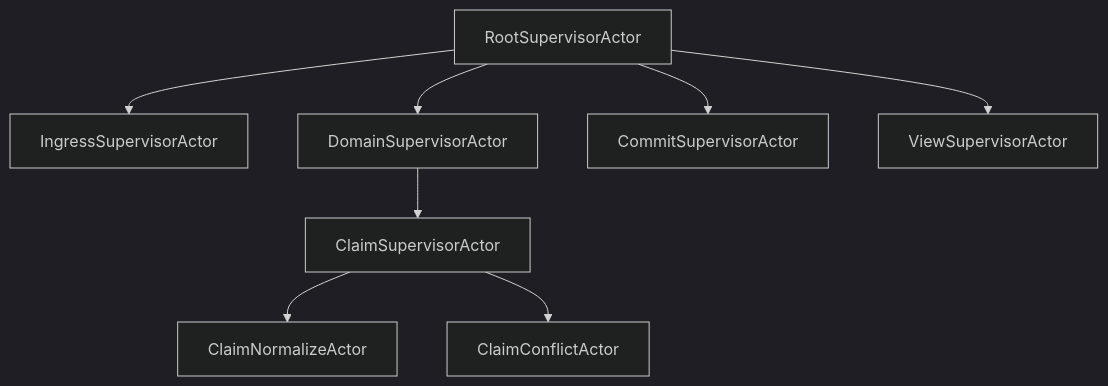
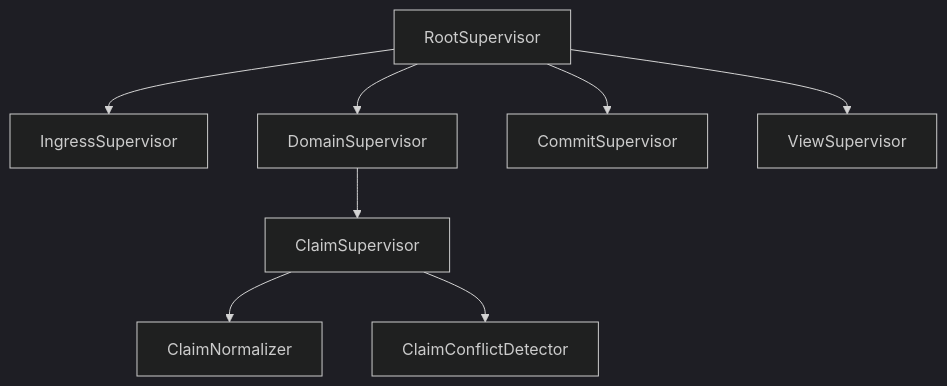
Before and after one commit to LiGoldragon/primary: the third of 4 diagrams in skills/actor-systems.md, drawn with Mermaid (dark theme). The commit also changed other lines of this file and 6 other files, not shown here.

````diff
--- a/skills/actor-systems.md
+++ b/skills/actor-systems.md
@@ -171,12 +174,12 @@
 ```mermaid
 flowchart TB
-    root["RootSupervisorActor"]
-    root --> ingress["IngressSupervisorActor"]
-    root --> domain["DomainSupervisorActor"]
-    root --> commit["CommitSupervisorActor"]
-    root --> view["ViewSupervisorActor"]
+    root["RootSupervisor"]
+    root --> ingress["IngressSupervisor"]
+    root --> domain["DomainSupervisor"]
+    root --> commit["CommitSupervisor"]
+    root --> view["ViewSupervisor"]
 
-    domain --> claim["ClaimSupervisorActor"]
-    claim --> normalize["ClaimNormalizeActor"]
-    claim --> conflict["ClaimConflictActor"]
+    domain --> claim["ClaimSupervisor"]
+    claim --> normalize["ClaimNormalizer"]
+    claim --> conflict["ClaimConflictDetector"]
 ```
````
